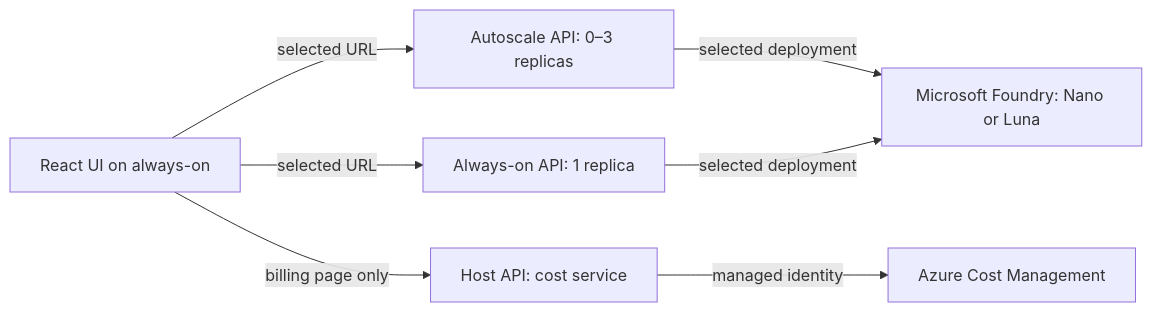
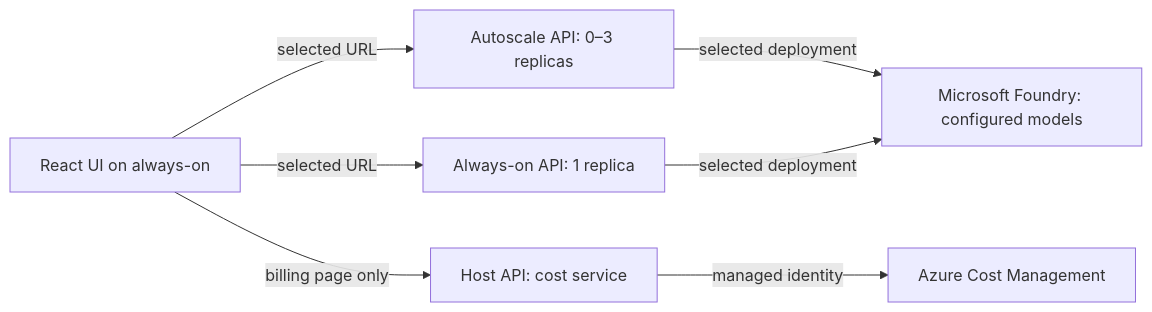
One commit to CogitoNTNU/ecocompute changed the diagram in docs/architecture.md. Above: the diagram before and after it, drawn with Mermaid. The commit also changed other lines of this file and 22 other files, not shown here.

````diff
--- a/docs/architecture.md
+++ b/docs/architecture.md
@@ -5,9 +5,9 @@
 ```mermaid
 flowchart LR
     UI[React UI on always-on] -->|selected URL| A[Autoscale API: 0–3 replicas]
     UI -->|selected URL| B[Always-on API: 1 replica]
-    A -->|selected deployment| F[Microsoft Foundry: Nano or Luna]
+    A -->|selected deployment| F[Microsoft Foundry: configured models]
     B -->|selected deployment| F
     UI -->|billing page only| C[Host API: cost service]
     C -->|managed identity| M[Azure Cost Management]
 ```
````
